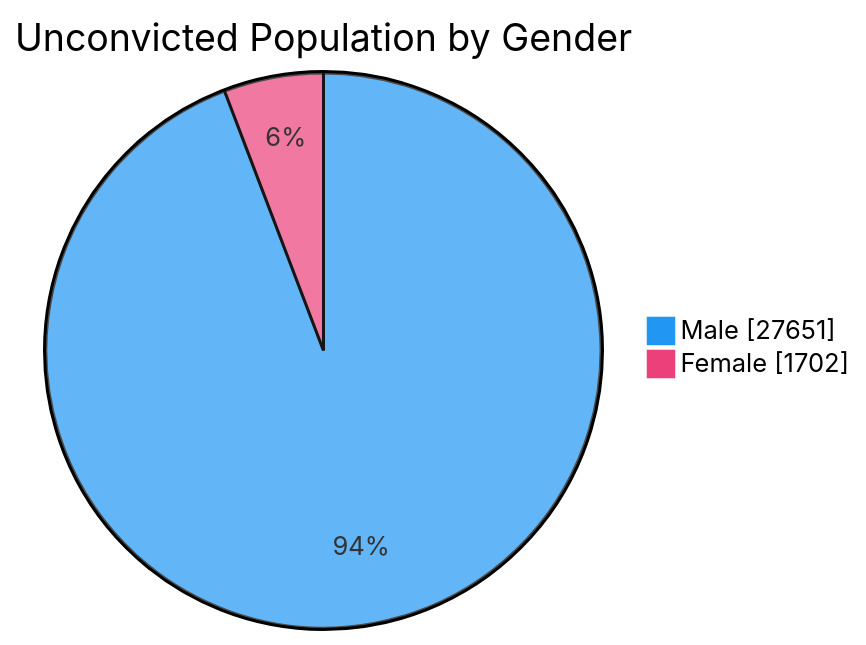
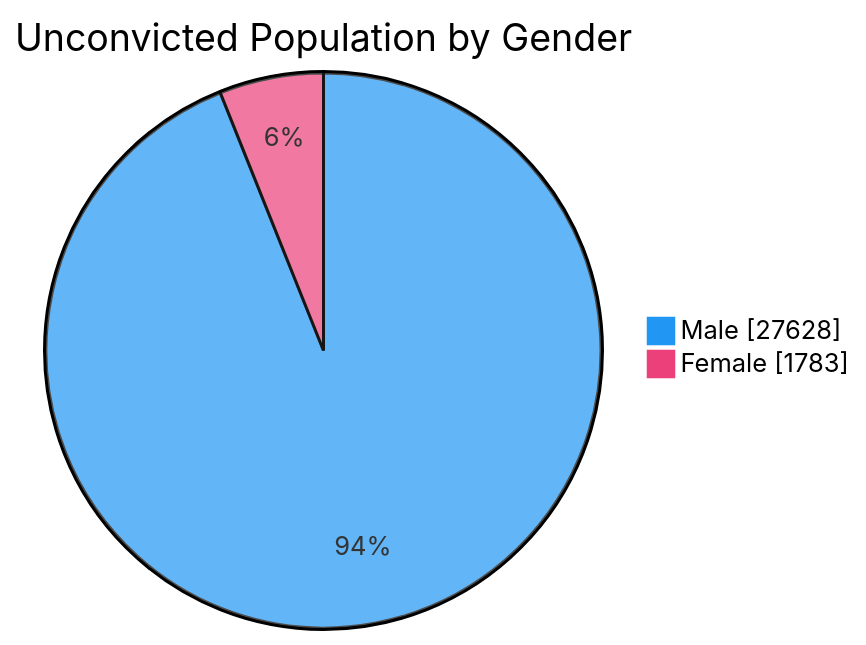
The fourth of 7 diagrams in README.md (nuuuwan/lk_prisons), drawn with Mermaid before and after one commit. The commit also changed other lines of this file and 1 other file, not shown here.

````diff
--- a/README.md
+++ b/README.md
@@ -76,6 +76,6 @@
 ```mermaid
 %%{init: {'themeVariables': {'pie1': '#2196F3', 'pie2': '#EC407A'}}}%%
 pie showData title Unconvicted Population by Gender
-    "Male" : 27651
-    "Female" : 1702
+    "Male" : 27628
+    "Female" : 1783
 ```
````
